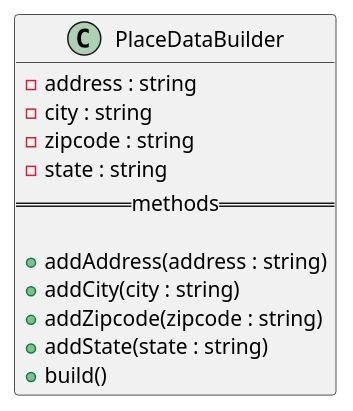
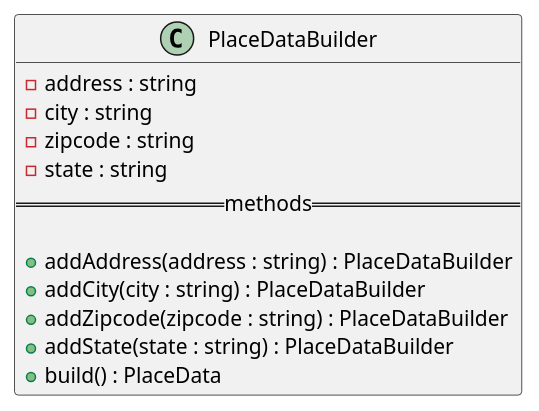
The diagram in docs/diagrams/classes/Place/PlaceDataBuilder.pu (GruppOne/stalker-web-app), drawn with PlantUML before and after one commit. The commit also changed 16 other files, not shown here.

```diff
--- a/docs/diagrams/classes/Place/PlaceDataBuilder.pu
+++ b/docs/diagrams/classes/Place/PlaceDataBuilder.pu
@@ -1,15 +1,15 @@
 @startuml PlaceDataBuilder Diagram
 class PlaceDataBuilder {
   - address : string
   - city : string
   - zipcode : string
   - state : string
   ==methods==
 
-  + addAddress(address : string)
-  + addCity(city : string)
-  + addZipcode(zipcode : string)
-  + addState(state : string)
-  + build()
+  + addAddress(address : string) : PlaceDataBuilder
+  + addCity(city : string) : PlaceDataBuilder
+  + addZipcode(zipcode : string) : PlaceDataBuilder
+  + addState(state : string) : PlaceDataBuilder
+  + build() : PlaceData
 }
 @enduml
```
